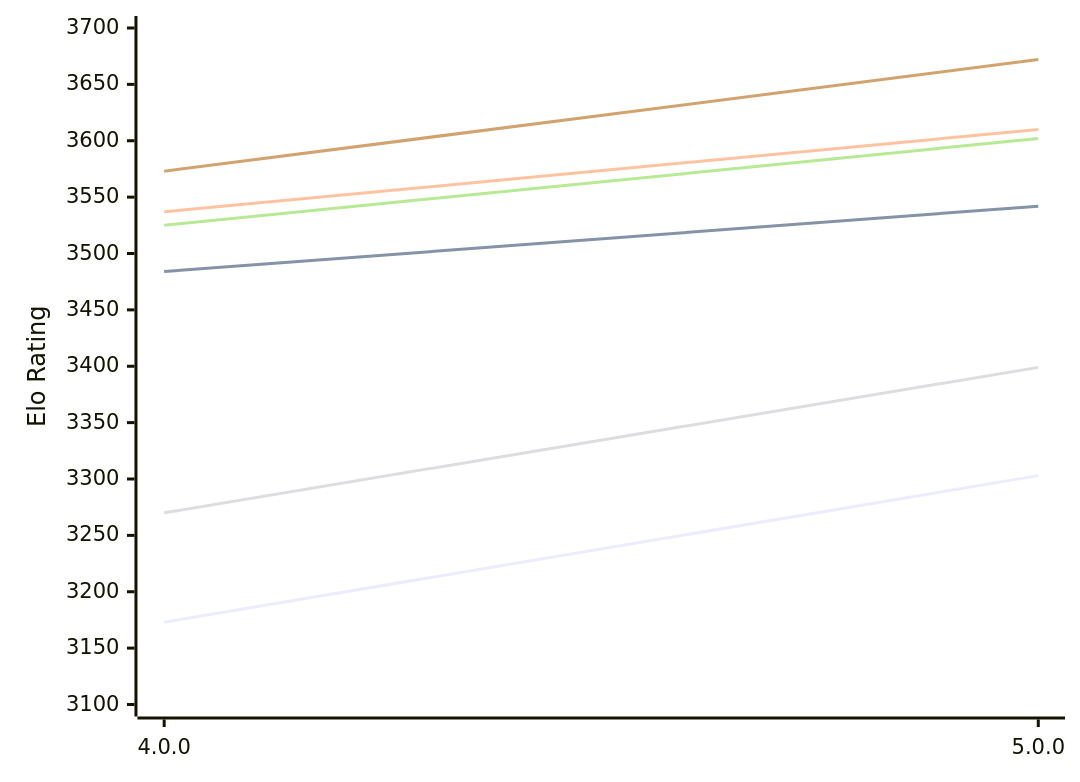
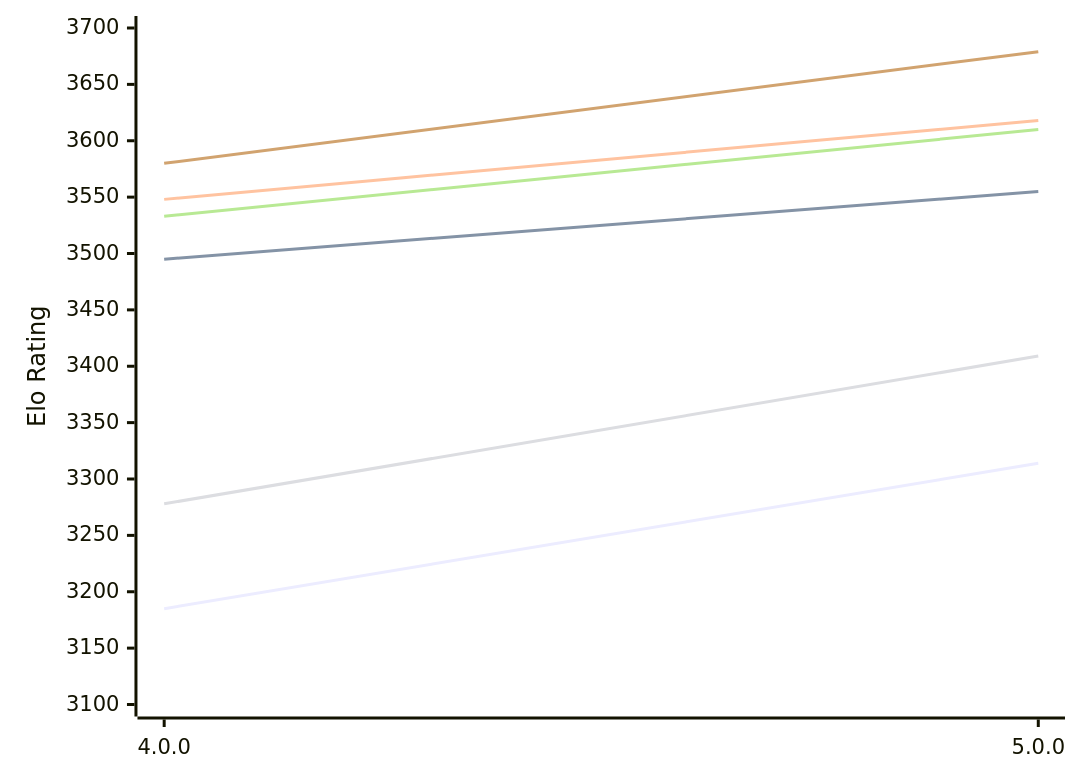
One commit to computer-chess-index/cci changed the first of 2 diagrams in engines/Avalanche.md. Above: the diagram before and after it, drawn with Mermaid. The commit also changed other lines of this file, not shown here.

Commit message:
Update CCI Ratings (ELO VLTC) - 2026-10-25

````diff
--- a/engines/Avalanche.md
+++ b/engines/Avalanche.md
@@ -50,12 +50,12 @@
 ```mermaid
 %%{init: {"theme":"base","themeVariables":{"seriesColors:['#a3a3a3','#222221','#faa371']}}}%%
 xychart-beta
   x-axis ["4.0.0", "5.0.0"]
   y-axis "Elo Rating" 3100 --> 3700
-  line "E1: STC (8.0+0.08s)" [3173, 3303]
-  line "E1: LTC (60.0+0.60s)" [3484, 3542]
-  line "E1: VLTC (2m24s+1.12s)" [3537, 3610]
-  line "P1: STC (8.0+0.08s)" [3270, 3399]
-  line "P1: LTC (60.0+0.60s)" [3525, 3602]
-  line "P1: VLTC (2m24s+1.12s)" [3573, 3672]
+  line "E1: STC (8.0+0.08s)" [3185, 3314]
+  line "E1: LTC (60.0+0.60s)" [3495, 3555]
+  line "E1: VLTC (2m24s+1.12s)" [3548, 3618]
+  line "P1: STC (8.0+0.08s)" [3278, 3409]
+  line "P1: LTC (60.0+0.60s)" [3533, 3610]
+  line "P1: VLTC (2m24s+1.12s)" [3580, 3679]
 ```
````
